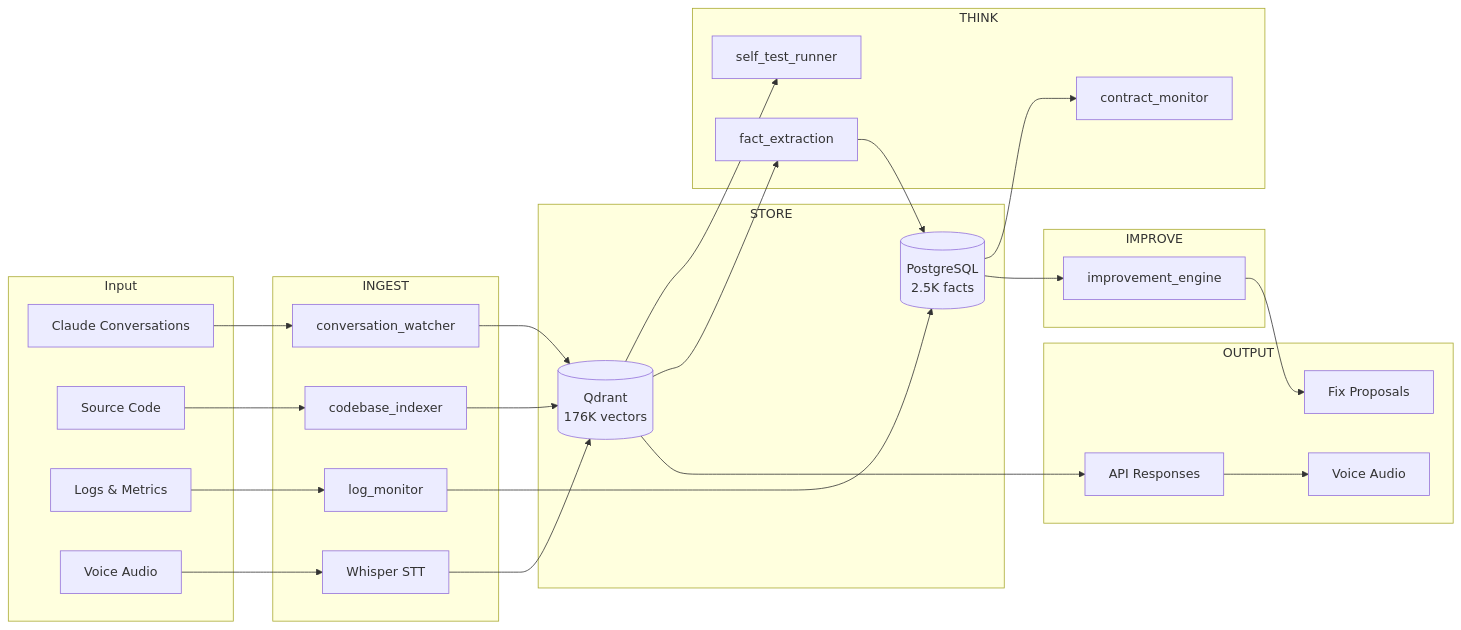
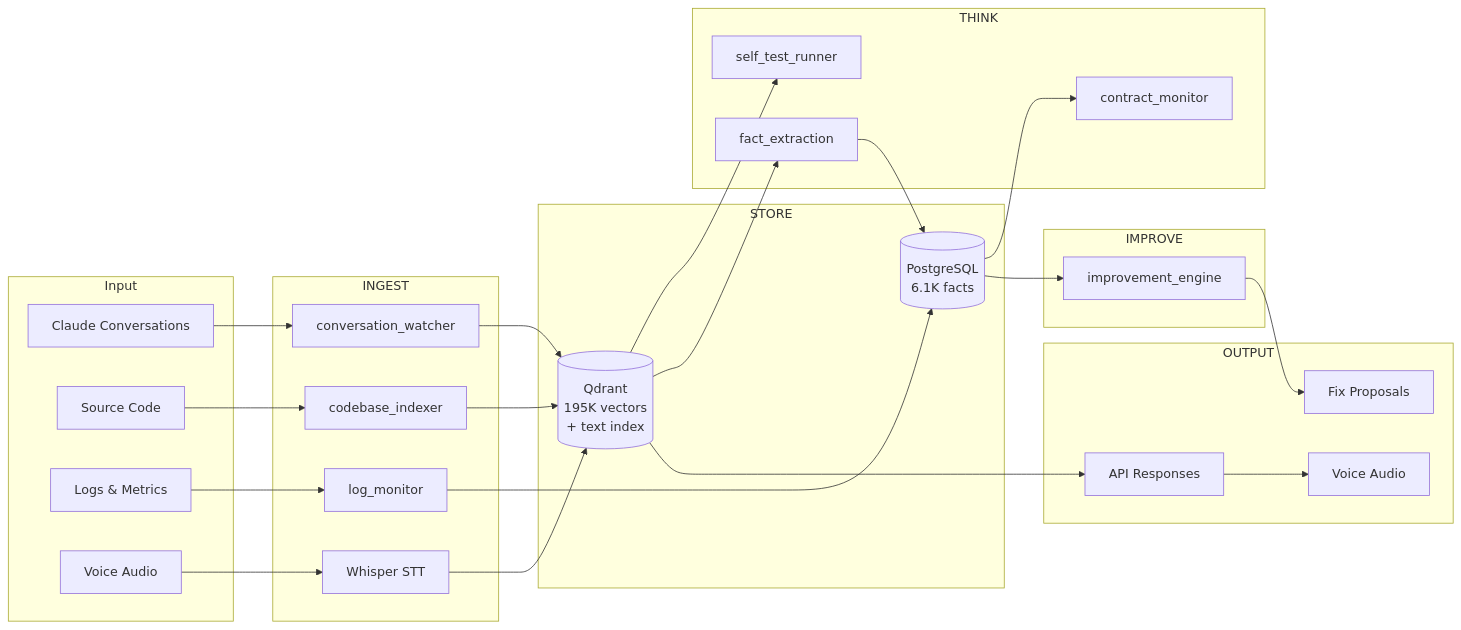
The second of 4 diagrams in docs/ARCHITECTURE_DIAGRAM.md (pvestal/tower-echo-brain), drawn with Mermaid before and after one commit. The commit also changed other lines of this file and 52 other files, not shown here.

First line of the commit message:
refactor: consolidate architecture — hybrid search, dead code removal, new integration APIs

````diff
--- a/docs/ARCHITECTURE_DIAGRAM.md
+++ b/docs/ARCHITECTURE_DIAGRAM.md
@@ -141,51 +144,51 @@
 ```mermaid
 flowchart LR
     subgraph Input
         A[Claude Conversations]
         B[Source Code]
         C[Logs & Metrics]
         D[Voice Audio]
     end
 
     subgraph INGEST
         E[conversation_watcher]
         F[codebase_indexer]
         G[log_monitor]
         H[Whisper STT]
     end
 
     subgraph STORE
-        I[(Qdrant<br/>176K vectors)]
-        J[(PostgreSQL<br/>2.5K facts)]
+        I[(Qdrant<br/>195K vectors<br/>+ text index)]
+        J[(PostgreSQL<br/>6.1K facts)]
     end
 
     subgraph THINK
         K[self_test_runner]
         L[contract_monitor]
         M[fact_extraction]
     end
 
     subgraph IMPROVE
         N[improvement_engine]
     end
 
     subgraph OUTPUT
         O[API Responses]
         P[Voice Audio]
         Q[Fix Proposals]
     end
 
     A --> E --> I
     B --> F --> I
     C --> G --> J
     D --> H --> I
 
     I --> K
     J --> L
     I --> M --> J
 
     J --> N --> Q
 
     I --> O
     O --> P
 ```
````
